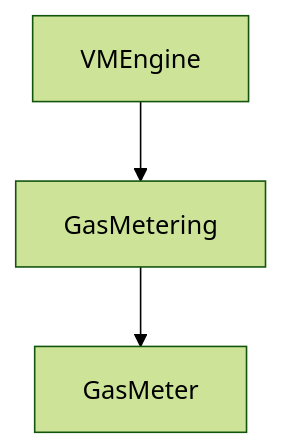
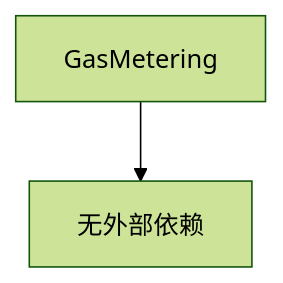
One commit to lengzhao/vm changed the third of 3 diagrams in docs/detailed_design/gas_metering_detailed_design.md. Above: the diagram before and after it, drawn with Mermaid (forest theme). The commit also changed other lines of this file and 11 other files, not shown here.

````diff
--- a/docs/detailed_design/gas_metering_detailed_design.md
+++ b/docs/detailed_design/gas_metering_detailed_design.md
@@ -185,5 +215,4 @@
 ```mermaid
 graph TD
-A[VMEngine] --> B[GasMetering]
-B --> C[GasMeter]
+A[GasMetering] --> B[无外部依赖]
 ```
````
